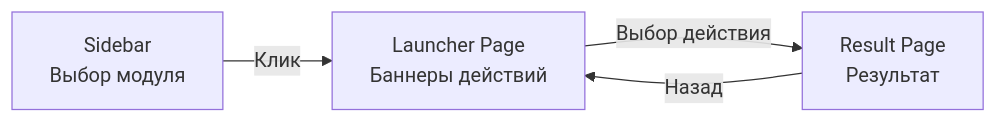
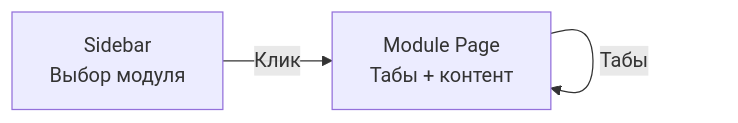
One commit to Sign25/Docs changed the first of 8 diagrams in ui/adolf_ui_4_layout_patterns.md. Above: the diagram before and after it, drawn with Mermaid. The commit also changed other lines of this file and 13 other files, not shown here.

````diff
--- a/ui/adolf_ui_4_layout_patterns.md
+++ b/ui/adolf_ui_4_layout_patterns.md
@@ -20,10 +20,8 @@
 ```mermaid
 flowchart LR
     SIDEBAR["Sidebar<br/>Выбор модуля"]
-    LAUNCHER["Launcher Page<br/>Баннеры действий"]
-    RESULT["Result Page<br/>Результат"]
+    MODULE["Module Page<br/>Табы + контент"]
 
-    SIDEBAR -->|"Клик"| LAUNCHER
-    LAUNCHER -->|"Выбор действия"| RESULT
-    RESULT -->|"Назад"| LAUNCHER
+    SIDEBAR -->|"Клик"| MODULE
+    MODULE -->|"Табы"| MODULE
 ```
````
